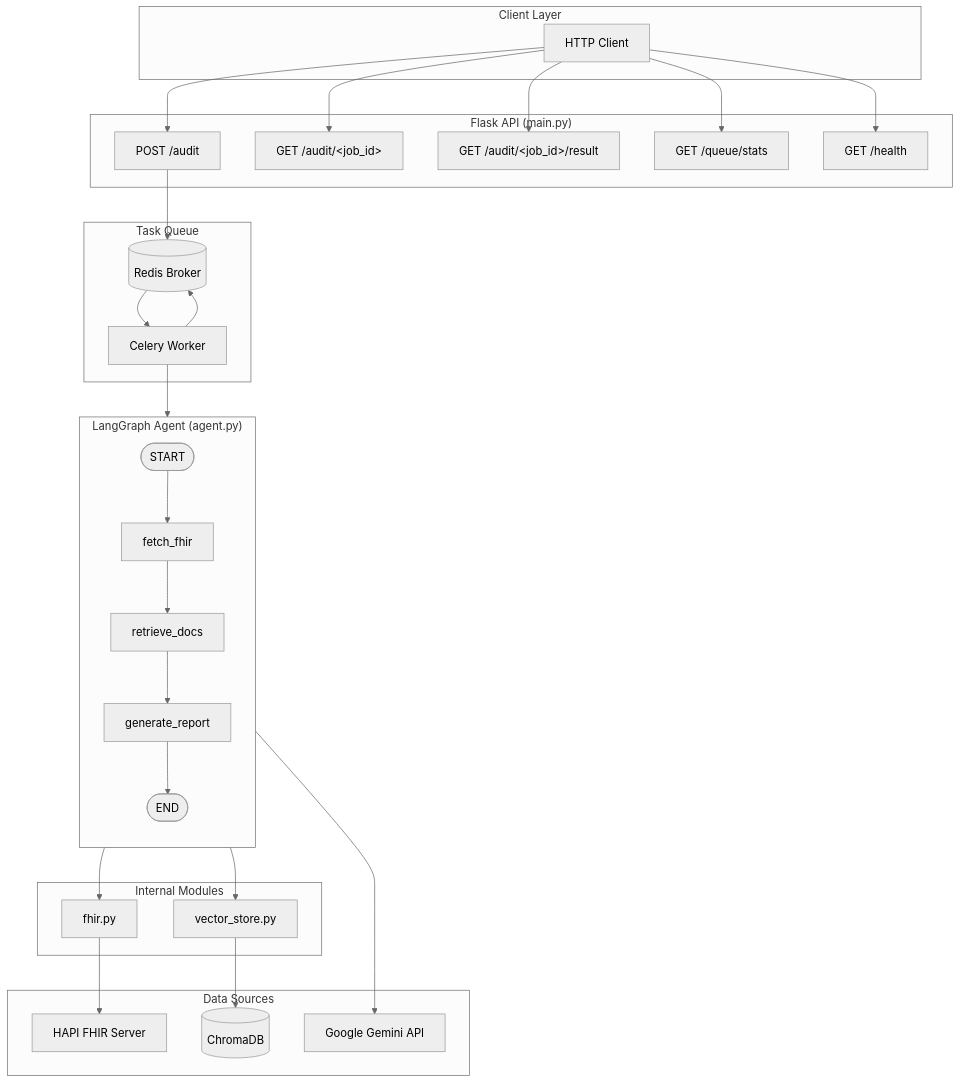
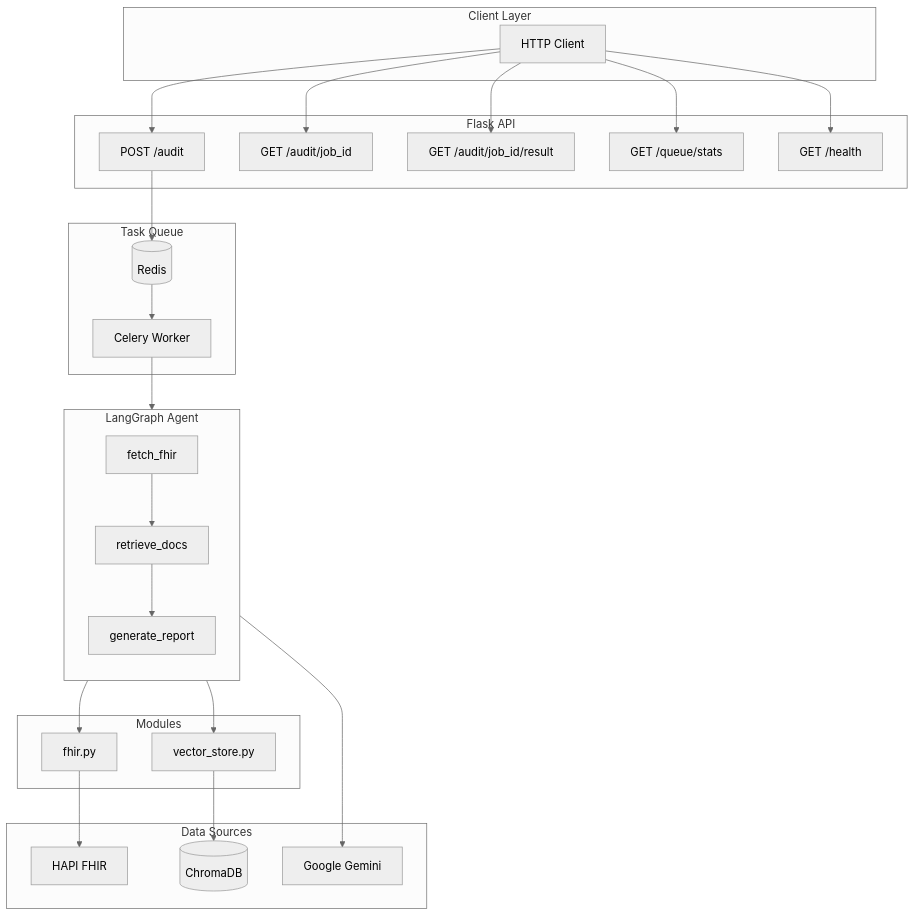
Before and after one commit to ngusadeep/MedAmor: the first of 2 diagrams in aiorchestrator/ARCHITECTURE.md, drawn with Mermaid (neutral theme). The commit also changed other lines of this file and 7 other files, not shown here.

````diff
--- a/aiorchestrator/ARCHITECTURE.md
+++ b/aiorchestrator/ARCHITECTURE.md
@@ -44,56 +44,55 @@
 ```mermaid
 flowchart TB
     subgraph Client["Client Layer"]
         HTTP[HTTP Client]
     end
 
-    subgraph API["Flask API (main.py)"]
-        POST[POST /audit]
-        GET_STATUS[GET /audit/&lt;job_id&gt;]
-        GET_RESULT[GET /audit/&lt;job_id&gt;/result]
-        QUEUE_STATS[GET /queue/stats]
-        HEALTH[GET /health]
+    subgraph API["Flask API"]
+        POST["POST /audit"]
+        GET_STATUS["GET /audit/job_id"]
+        GET_RESULT["GET /audit/job_id/result"]
+        QUEUE_STATS["GET /queue/stats"]
+        HEALTH["GET /health"]
     end
 
     subgraph Queue["Task Queue"]
-        Redis[(Redis Broker)]
+        Redis[(Redis)]
         Celery[Celery Worker]
     end
 
-    subgraph Agent["LangGraph Agent (agent.py)"]
+    subgraph Agent["LangGraph Agent"]
         direction TB
-        START([START]) --> FETCH[fetch_fhir]
-        FETCH --> RETRIEVE[retrieve_docs]
-        RETRIEVE --> GENERATE[generate_report]
-        GENERATE --> END([END])
+        FETCH[fetch_fhir]
+        RETRIEVE[retrieve_docs]
+        GENERATE[generate_report]
+        FETCH --> RETRIEVE
+        RETRIEVE --> GENERATE
     end
 
     subgraph Data["Data Sources"]
-        FHIR[HAPI FHIR Server]
+        FHIR[HAPI FHIR]
         Chroma[(ChromaDB)]
-        Gemini[Google Gemini API]
+        Gemini[Google Gemini]
     end
 
-    subgraph Modules["Internal Modules"]
+    subgraph Modules["Modules"]
         FHIR_MOD[fhir.py]
         VECTOR[vector_store.py]
     end
 
     HTTP --> POST
     HTTP --> GET_STATUS
     HTTP --> GET_RESULT
     HTTP --> QUEUE_STATS
     HTTP --> HEALTH
 
     POST --> Redis
     Redis --> Celery
-    Celery --> Agent
+    Celery --> FETCH
 
     FETCH --> FHIR_MOD
     FHIR_MOD --> FHIR
     RETRIEVE --> VECTOR
     VECTOR --> Chroma
     GENERATE --> Gemini
-
-    Celery --> Redis
 ```
````
